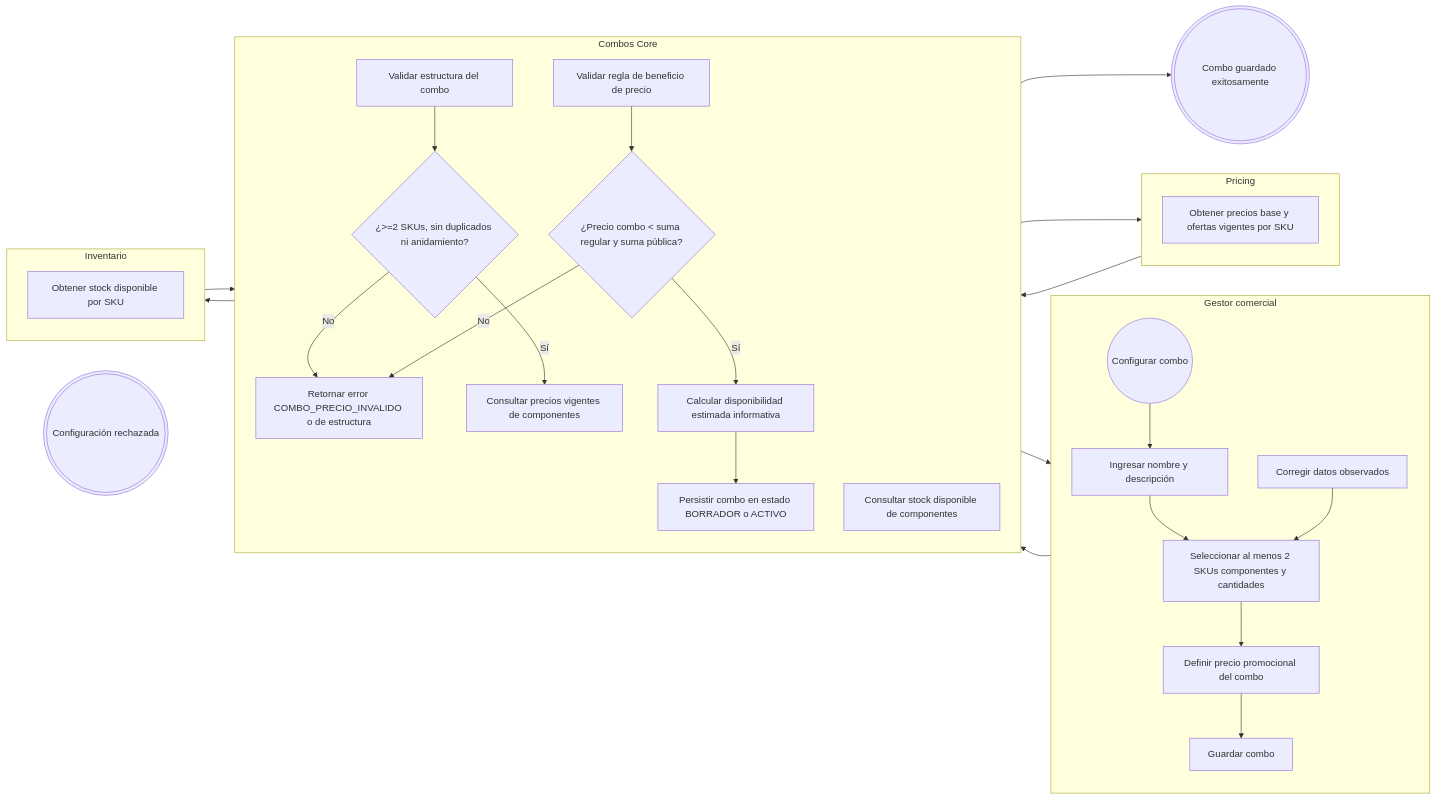
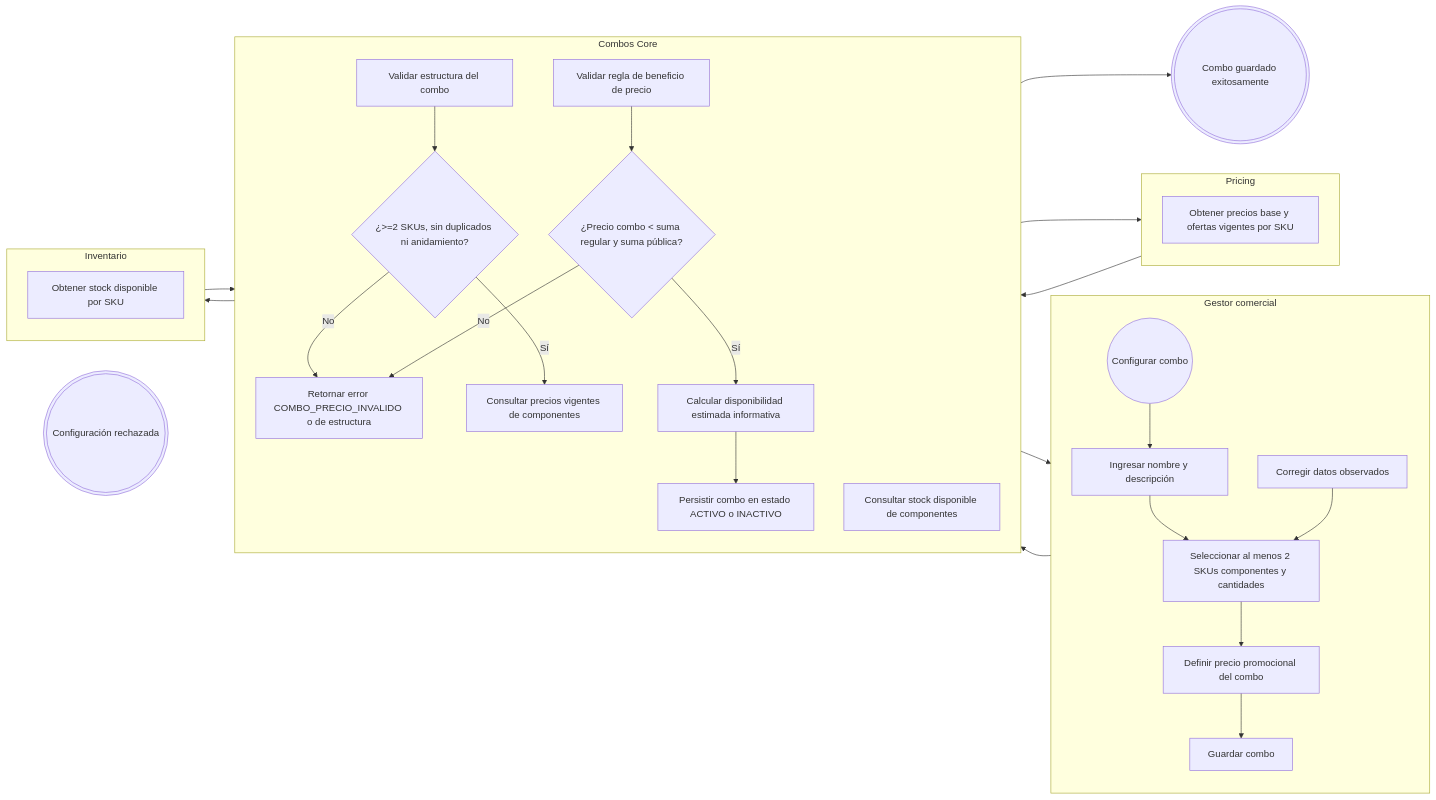
Before and after one commit to Taller-SW-Web/G6-Productos-Ofertas-docs: the first of 3 diagrams in flujos/FLOW-002-gestion-combos-productos.md, drawn with Mermaid. The commit also changed 5 other files, not shown here.

Commit message:
docs(castilla): corregir default_location_id en FLOW-001, estados de combos a ACTIVO/INACTIVO y exportacion total

````diff
--- a/flujos/FLOW-002-gestion-combos-productos.md
+++ b/flujos/FLOW-002-gestion-combos-productos.md
@@ -34,59 +34,59 @@
 ```mermaid
 flowchart LR
 
     subgraph GESTOR["Gestor comercial"]
         direction TB
         INICIO((Configurar combo))
         G1["Ingresar nombre y descripción"]
         G2["Seleccionar al menos 2 SKUs componentes y cantidades"]
         G3["Definir precio promocional del combo"]
         G4["Guardar combo"]
         G5["Corregir datos observados"]
     end
 
     subgraph COMBOS["Combos Core"]
         direction TB
         C1["Validar estructura del combo"]
         D1{"¿>=2 SKUs, sin duplicados ni anidamiento?"}
         C2["Consultar precios vigentes de componentes"]
         C3["Consultar stock disponible de componentes"]
         C4["Validar regla de beneficio de precio"]
         D2{"¿Precio combo < suma regular y suma pública?"}
         C5["Calcular disponibilidad estimada informativa"]
-        C6["Persistir combo en estado BORRADOR o ACTIVO"]
+        C6["Persistir combo en estado ACTIVO o INACTIVO"]
         C7["Retornar error COMBO_PRECIO_INVALIDO o de estructura"]
     end
 
     subgraph PRICING["Pricing"]
         direction TB
         P1["Obtener precios base y ofertas vigentes por SKU"]
     end
 
     subgraph INVENTARIO["Inventario"]
         direction TB
         I1["Obtener stock disponible por SKU"]
     end
 
     FIN_CREADO(((Combo guardado exitosamente)))
     FIN_ERROR(((Configuración rechazada)))
 
     INICIO --> G1
     G1 --> G2
     G2 --> G3
     G3 --> G4
     G4 --> C1
     C1 --> D1
     D1 -->|"No"| C7
     C7 --> G5
     G5 --> G2
     D1 -->|"Sí"| C2
     C2 --> P1
     P1 --> C3
     C3 --> I1
     I1 --> C4
     C4 --> D2
     D2 -->|"No"| C7
     D2 -->|"Sí"| C5
     C5 --> C6
     C6 --> FIN_CREADO
 ```
````
